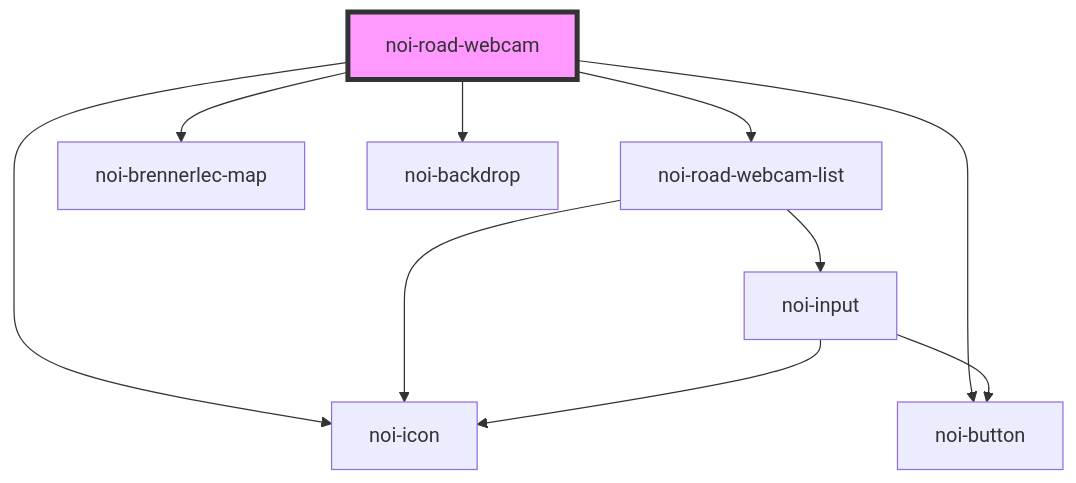
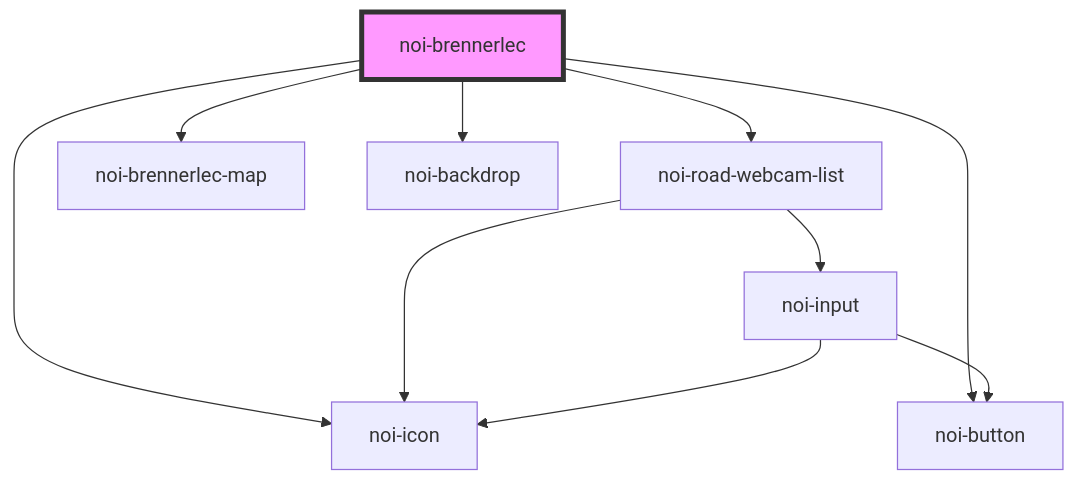
Before and after one commit to noi-techpark/webcomponents-brennerlec: the diagram in src/road-webcam/readme.md, drawn with Mermaid. The commit also changed other lines of this file and 8 other files, not shown here.

````diff
--- a/src/road-webcam/readme.md
+++ b/src/road-webcam/readme.md
@@ -54,13 +75,13 @@
 ```mermaid
 graph TD;
-  noi-road-webcam --> noi-road-webcam-list
-  noi-road-webcam --> noi-brennerlec-map
-  noi-road-webcam --> noi-backdrop
-  noi-road-webcam --> noi-button
-  noi-road-webcam --> noi-icon
+  noi-brennerlec --> noi-road-webcam-list
+  noi-brennerlec --> noi-brennerlec-map
+  noi-brennerlec --> noi-backdrop
+  noi-brennerlec --> noi-button
+  noi-brennerlec --> noi-icon
   noi-road-webcam-list --> noi-icon
   noi-road-webcam-list --> noi-input
   noi-input --> noi-icon
   noi-input --> noi-button
-  style noi-road-webcam fill:#f9f,stroke:#333,stroke-width:4px
+  style noi-brennerlec fill:#f9f,stroke:#333,stroke-width:4px
 ```
````
